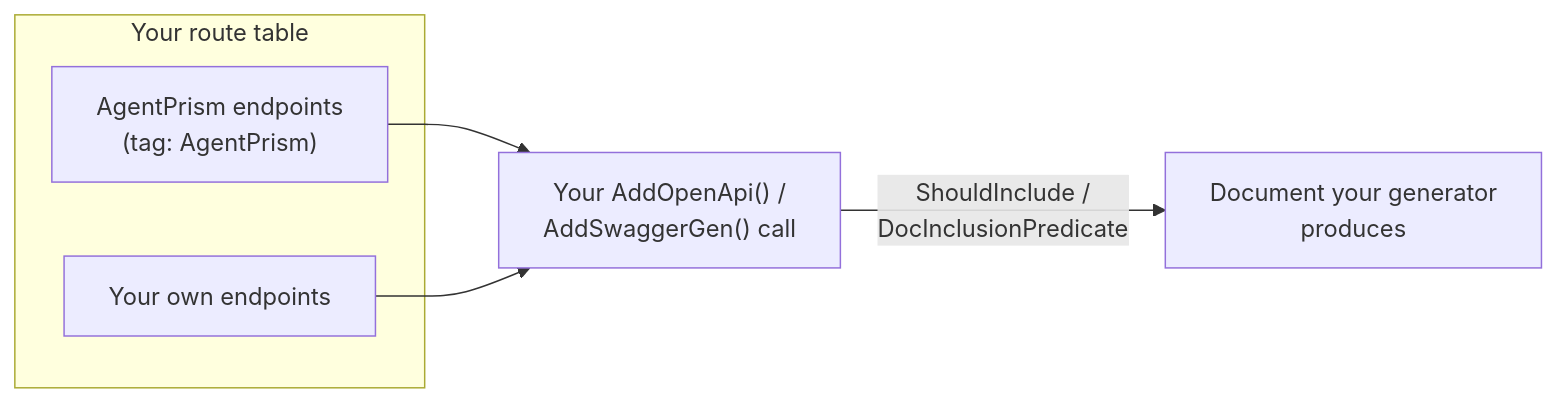
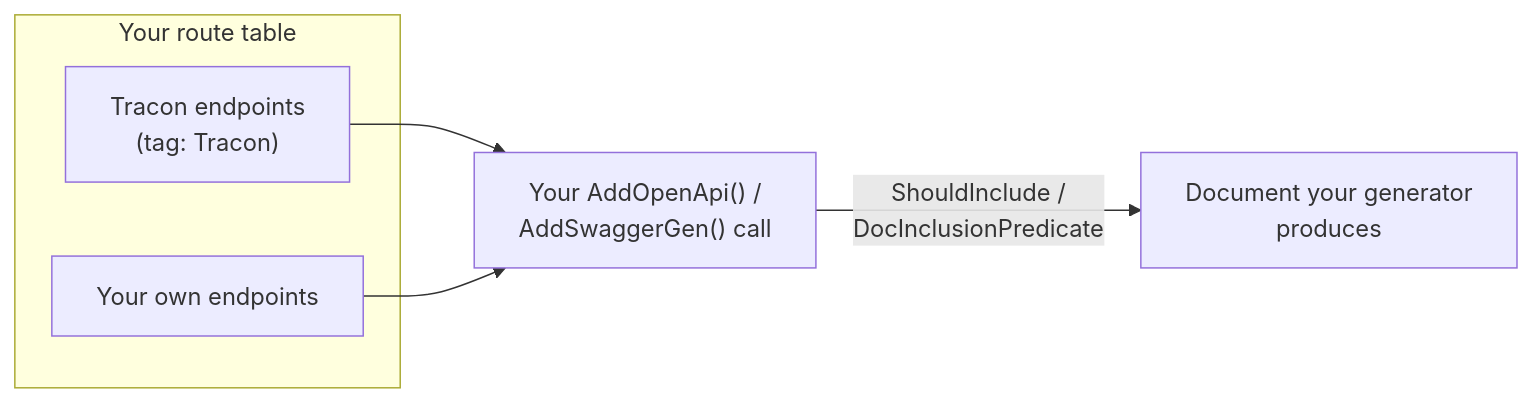
One commit to farukatasoy/Tracon changed the diagram in docs-site/src/content/docs/http-api.md. Above: the diagram before and after it, drawn with Mermaid. The commit also changed other lines of this file and 4535 other files, not shown here.

````diff
--- a/docs-site/src/content/docs/http-api.md
+++ b/docs-site/src/content/docs/http-api.md
@@ -175,15 +175,15 @@
 ```mermaid
 flowchart LR
-    accTitle: How AgentPrism endpoints reach your OpenAPI document
-    accDescr: AgentPrism endpoints and your own endpoints both sit in your route table and both flow into your OpenAPI generator; a ShouldInclude or DocInclusionPredicate filter on the AgentPrism tag decides what reaches the document it produces.
+    accTitle: How Tracon endpoints reach your OpenAPI document
+    accDescr: Tracon endpoints and your own endpoints both sit in your route table and both flow into your OpenAPI generator; a ShouldInclude or DocInclusionPredicate filter on the Tracon tag decides what reaches the document it produces.
     subgraph routes["Your route table"]
-        agentprism["AgentPrism endpoints<br/>(tag: AgentPrism)"]
+        tracon["Tracon endpoints<br/>(tag: Tracon)"]
         yours["Your own endpoints"]
     end
     generator["Your AddOpenApi() /<br/>AddSwaggerGen() call"]
     doc["Document your generator<br/>produces"]
 
-    agentprism --> generator
+    tracon --> generator
     yours --> generator
     generator -->|"ShouldInclude /<br/>DocInclusionPredicate"| doc
 ```
````
